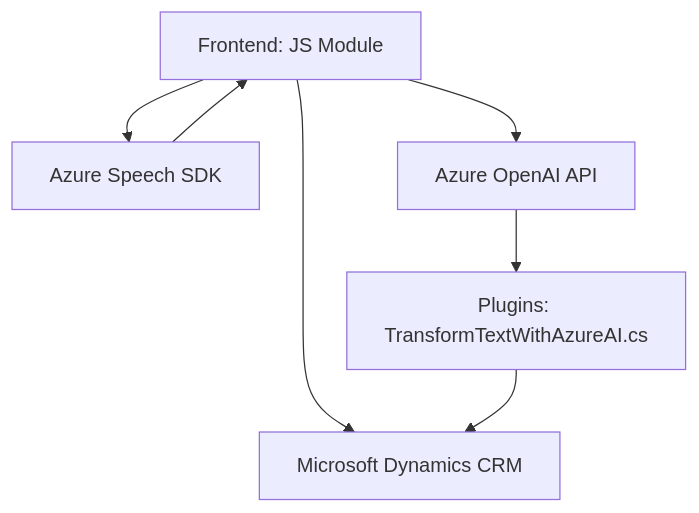
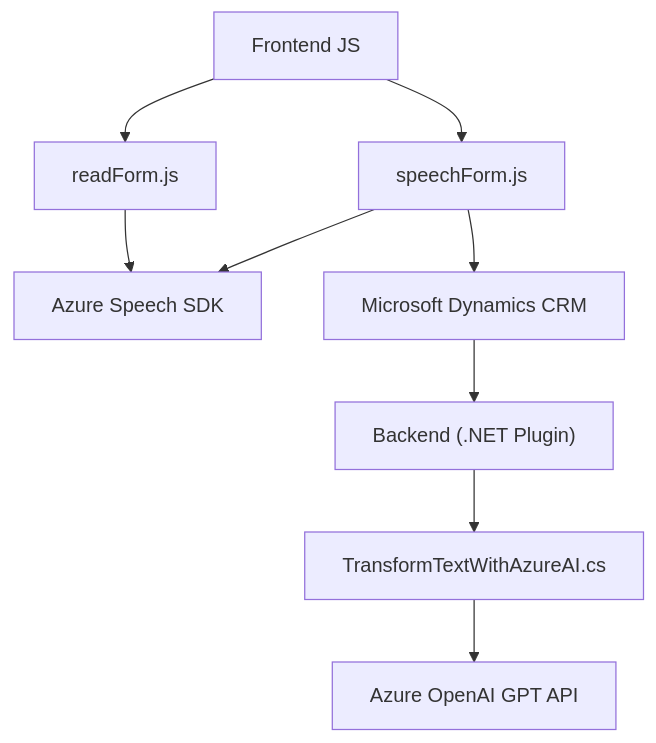
The diagram in README.md (blopezdm/NETCORE_BILBAO2025), drawn with Mermaid before and after one commit. The commit also changed other lines of this file, not shown here.

````diff
--- a/README.md
+++ b/README.md
@@ -32,15 +52,21 @@
 ```mermaid
 graph TD
-    A["Frontend: JS Module"]
-    B["Azure Speech SDK"]
-    C["Azure OpenAI API"]
-    D["Plugins: TransformTextWithAzureAI.cs"]
-    E["Microsoft Dynamics CRM"]
-
-    A --> B
-    A --> C
-    A --> E
-    B --> A
-    C --> D
-    D --> E
+  A["Frontend JS"]
+  B["readForm.js"]
+  C["speechForm.js"]
+  D["Azure Speech SDK"]
+  E["Microsoft Dynamics CRM"]
+  F["Backend (.NET Plugin)"]
+  G["TransformTextWithAzureAI.cs"]
+  H["Azure OpenAI GPT API"]
+  
+  A --> B
+  A --> C
+  B --> D
+  C --> D
+  C --> E
+  
+  E --> F
+  F --> G
+  G --> H
 ```
````
